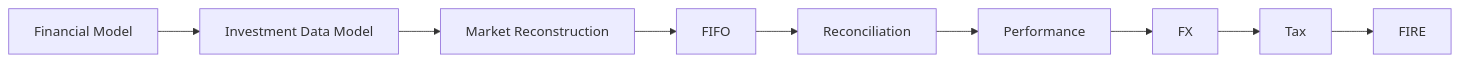
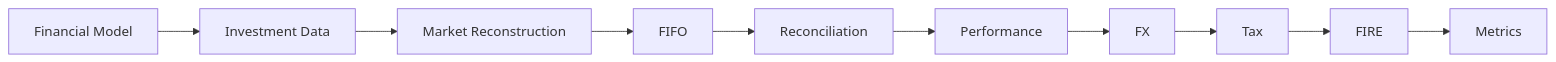
One commit to tks18/personal-finance-etl changed the ninth of 12 diagrams in docs/README.md. Above: the diagram before and after it, drawn with Mermaid. The commit also changed other lines of this file, not shown here.

````diff
--- a/docs/README.md
+++ b/docs/README.md
@@ -109,4 +286,4 @@
 ```mermaid
 flowchart LR
-    A["Financial Model"] --> B["Investment Data Model"] --> C["Market Reconstruction"] --> D["FIFO"] --> E["Reconciliation"] --> F["Performance"] --> G["FX"] --> H["Tax"] --> I["FIRE"]
+    F["Financial Model"] --> I["Investment Data"] --> M["Market Reconstruction"] --> L["FIFO"] --> R["Reconciliation"] --> P["Performance"] --> FX["FX"] --> T["Tax"] --> FI["FIRE"] --> MET["Metrics"]
 ```
````
